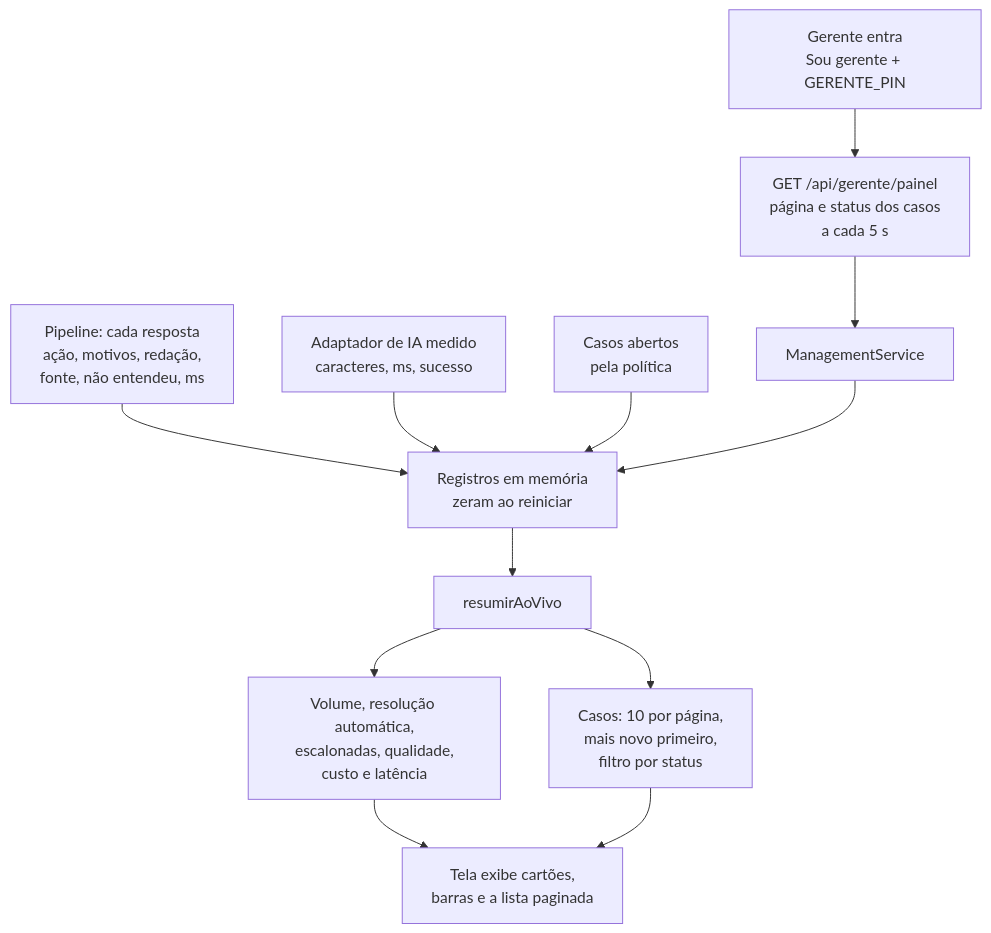
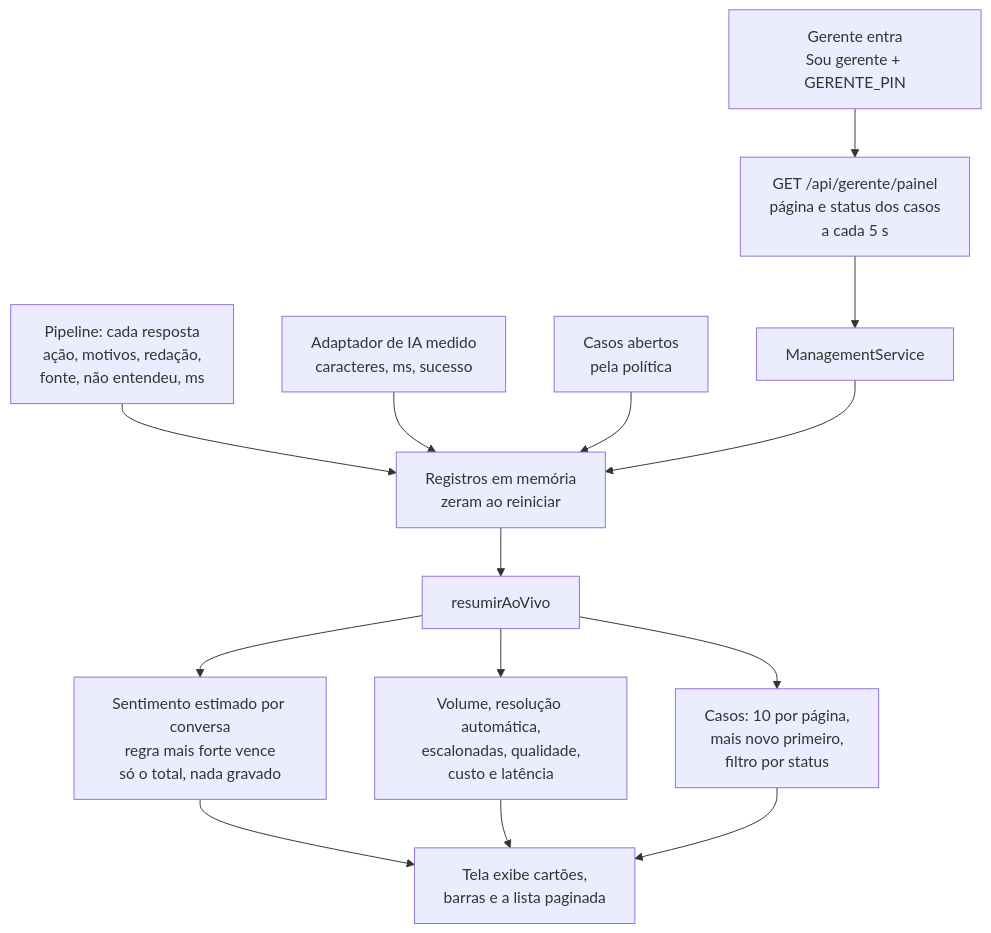
The diagram in documentation/diagrams/fluxo-gerente.md (KainanGuerra/caqui-avenue), drawn with Mermaid before and after one commit. The commit also changed 10 other files, not shown here.

First line of the commit message:
feat(gerente): sentimento estimado por conversa e painel mais limpo

````diff
--- a/documentation/diagrams/fluxo-gerente.md
+++ b/documentation/diagrams/fluxo-gerente.md
@@ -5,14 +5,16 @@
 ```mermaid
 flowchart TD
     A["Gerente entra<br/>Sou gerente + GERENTE_PIN"] --> B["GET /api/gerente/painel<br/>página e status dos casos<br/>a cada 5 s"]
     B --> C["ManagementService"]
     P["Pipeline: cada resposta<br/>ação, motivos, redação,<br/>fonte, não entendeu, ms"] --> E["Registros em memória<br/>zeram ao reiniciar"]
     L["Adaptador de IA medido<br/>caracteres, ms, sucesso"] --> E
     K["Casos abertos<br/>pela política"] --> E
     C --> E
     E --> G["resumirAoVivo"]
     G --> H["Volume, resolução automática,<br/>escalonadas, qualidade,<br/>custo e latência"]
+    G --> S["Sentimento estimado por conversa<br/>regra mais forte vence<br/>só o total, nada gravado"]
+    S --> I
     G --> J["Casos: 10 por página,<br/>mais novo primeiro,<br/>filtro por status"]
     H --> I["Tela exibe cartões,<br/>barras e a lista paginada"]
     J --> I
 ```
````
